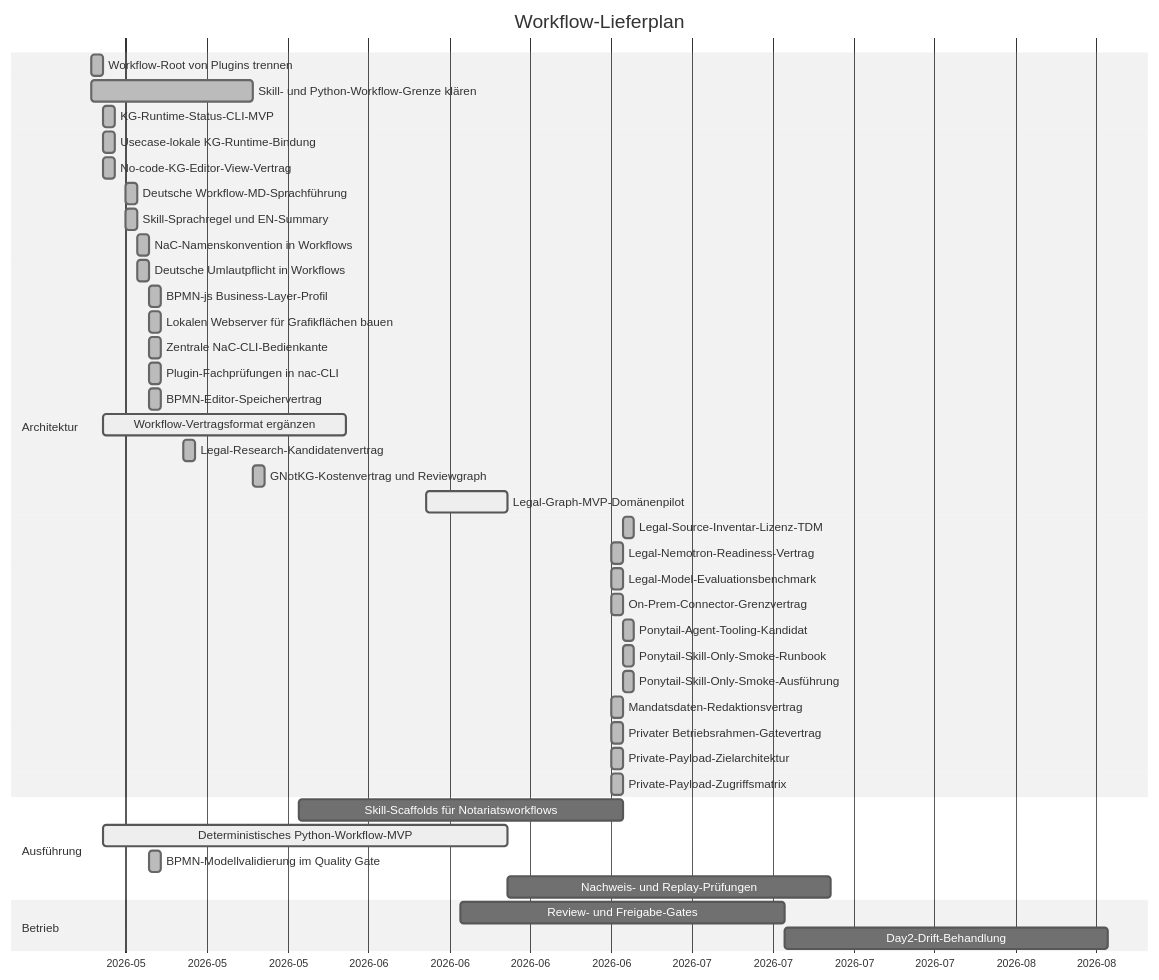
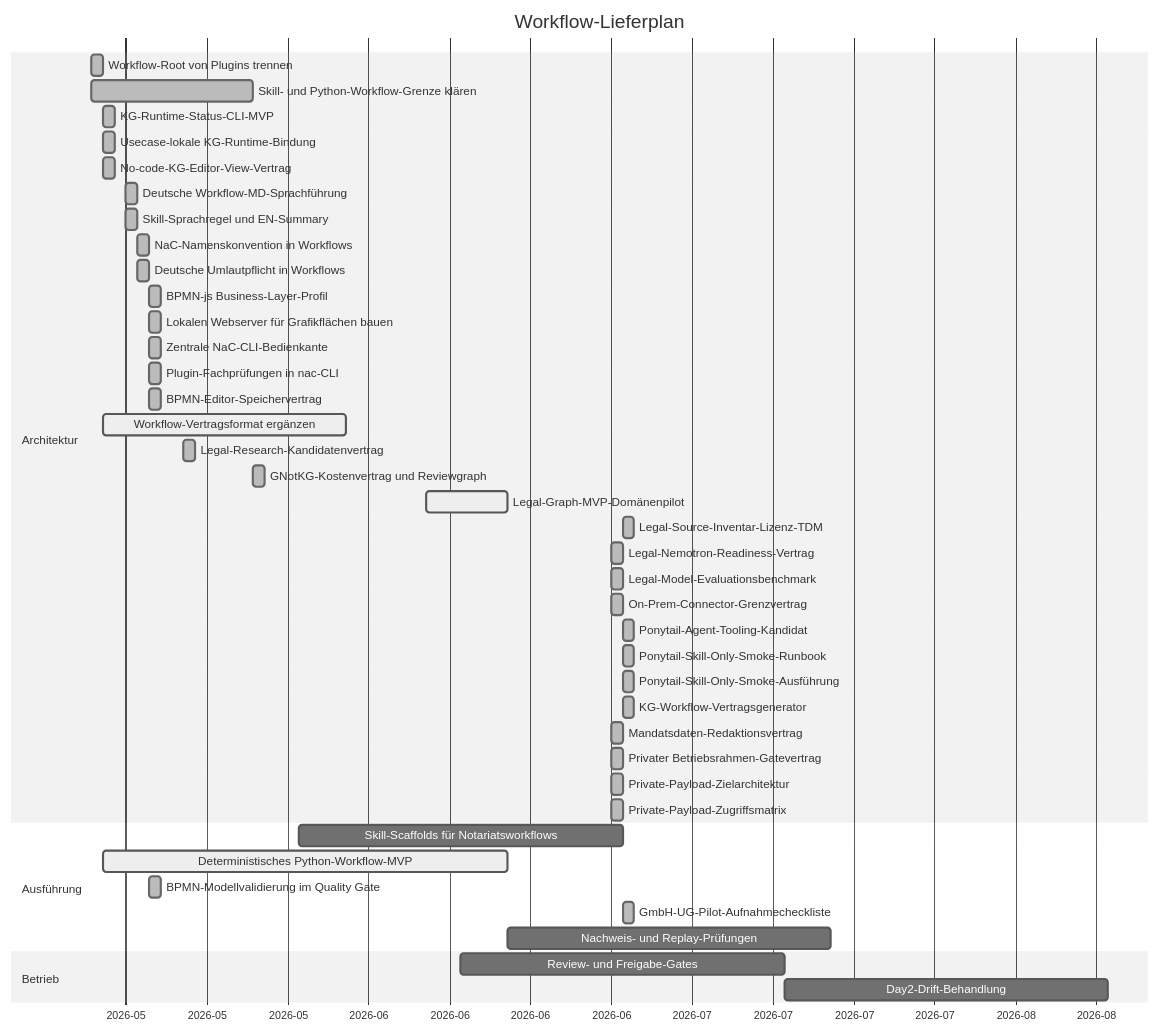
One commit to notariat8/NaC changed the diagram in workflows/GANTT.md. Above: the diagram before and after it, drawn with Mermaid (neutral theme). The commit also changed other lines of this file and 12 other files, not shown here.

Commit message:
Add GmbH UG pilot intake checklist

````diff
--- a/workflows/GANTT.md
+++ b/workflows/GANTT.md
@@ -5,47 +5,49 @@
 ```mermaid
 gantt
     title Workflow-Lieferplan
     dateFormat  YYYY-MM-DD
     axisFormat  %Y-%m
 
     section Architektur
     Workflow-Root von Plugins trennen          :done,   w1, 2026-05-14, 1d
     Skill- und Python-Workflow-Grenze klären  :done,   w2, 2026-05-14, 14d
     KG-Runtime-Status-CLI-MVP                  :done,   w3, 2026-05-15, 1d
     Usecase-lokale KG-Runtime-Bindung          :done,   w3a, 2026-05-15, 1d
     No-code-KG-Editor-View-Vertrag             :done,   w4a, 2026-05-15, 1d
     Deutsche Workflow-MD-Sprachführung        :done,   w4b, 2026-05-17, 1d
     Skill-Sprachregel und EN-Summary            :done,   w4c, 2026-05-17, 1d
     NaC-Namenskonvention in Workflows           :done,   w4d, 2026-05-18, 1d
     Deutsche Umlautpflicht in Workflows         :done,   w4e, 2026-05-18, 1d
     BPMN-js Business-Layer-Profil               :done,   w4f, 2026-05-19, 1d
     Lokalen Webserver für Grafikflächen bauen  :done,   w4g, 2026-05-19, 1d
     Zentrale NaC-CLI-Bedienkante                :done,   w4h, 2026-05-19, 1d
     Plugin-Fachprüfungen in nac-CLI             :done,   w4i, 2026-05-19, 1d
     BPMN-Editor-Speichervertrag                 :done,   w4j, 2026-05-19, 1d
     Workflow-Vertragsformat ergänzen          :active, w4, 2026-05-15, 21d
     Legal-Research-Kandidatenvertrag           :done,   w4k, 2026-05-22, 1d
     GNotKG-Kostenvertrag und Reviewgraph        :done,   w4l, 2026-05-28, 1d
     Legal-Graph-MVP-Domänenpilot              :active, w4m, 2026-06-12, 7d
     Legal-Source-Inventar-Lizenz-TDM           :done,   w4u, 2026-06-29, 1d
     Legal-Nemotron-Readiness-Vertrag            :done,   w4s, 2026-06-28, 1d
     Legal-Model-Evaluationsbenchmark           :done,   w4t, 2026-06-28, 1d
     On-Prem-Connector-Grenzvertrag            :done,   w4n, 2026-06-28, 1d
     Ponytail-Agent-Tooling-Kandidat            :done,   w4v, 2026-06-29, 1d
     Ponytail-Skill-Only-Smoke-Runbook          :done,   w4w, 2026-06-29, 1d
     Ponytail-Skill-Only-Smoke-Ausführung       :done,   w4x, 2026-06-29, 1d
+    KG-Workflow-Vertragsgenerator              :done,   w4y, 2026-06-29, 1d
     Mandatsdaten-Redaktionsvertrag             :done,   w4o, 2026-06-28, 1d
     Privater Betriebsrahmen-Gatevertrag        :done,   w4p, 2026-06-28, 1d
     Private-Payload-Zielarchitektur            :done,   w4q, 2026-06-28, 1d
     Private-Payload-Zugriffsmatrix             :done,   w4r, 2026-06-28, 1d
 
     section Ausführung
     Skill-Scaffolds für Notariatsworkflows    :        w5, 2026-06-01, 28d
     Deterministisches Python-Workflow-MVP      :active, w6, 2026-05-15, 35d
     BPMN-Modellvalidierung im Quality Gate      :done,   w6a, 2026-05-19, 1d
+    GmbH-UG-Pilot-Aufnahmecheckliste           :done,   w6b, 2026-06-29, 1d
     Nachweis- und Replay-Prüfungen            :        w7, after w6, 28d
 
     section Betrieb
     Review- und Freigabe-Gates                 :        w8, 2026-06-15, 28d
     Day2-Drift-Behandlung                      :        w9, after w8, 28d
 ```
````
